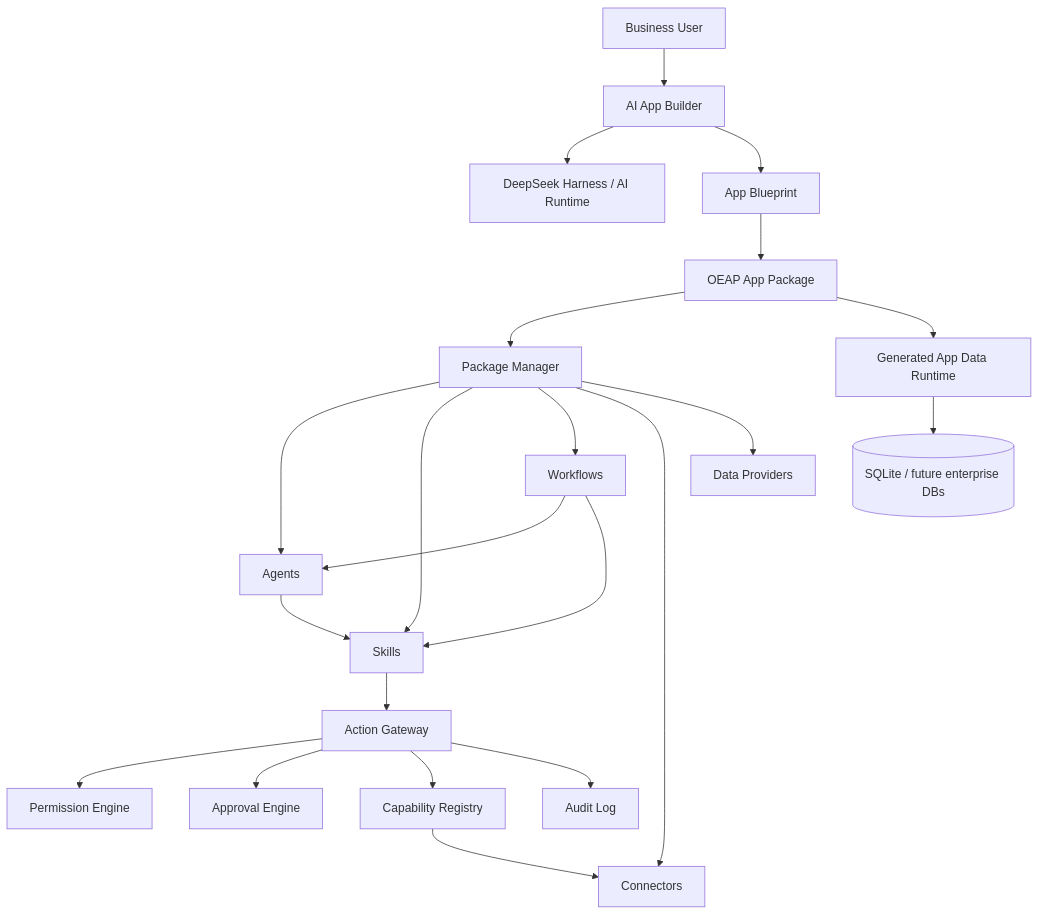
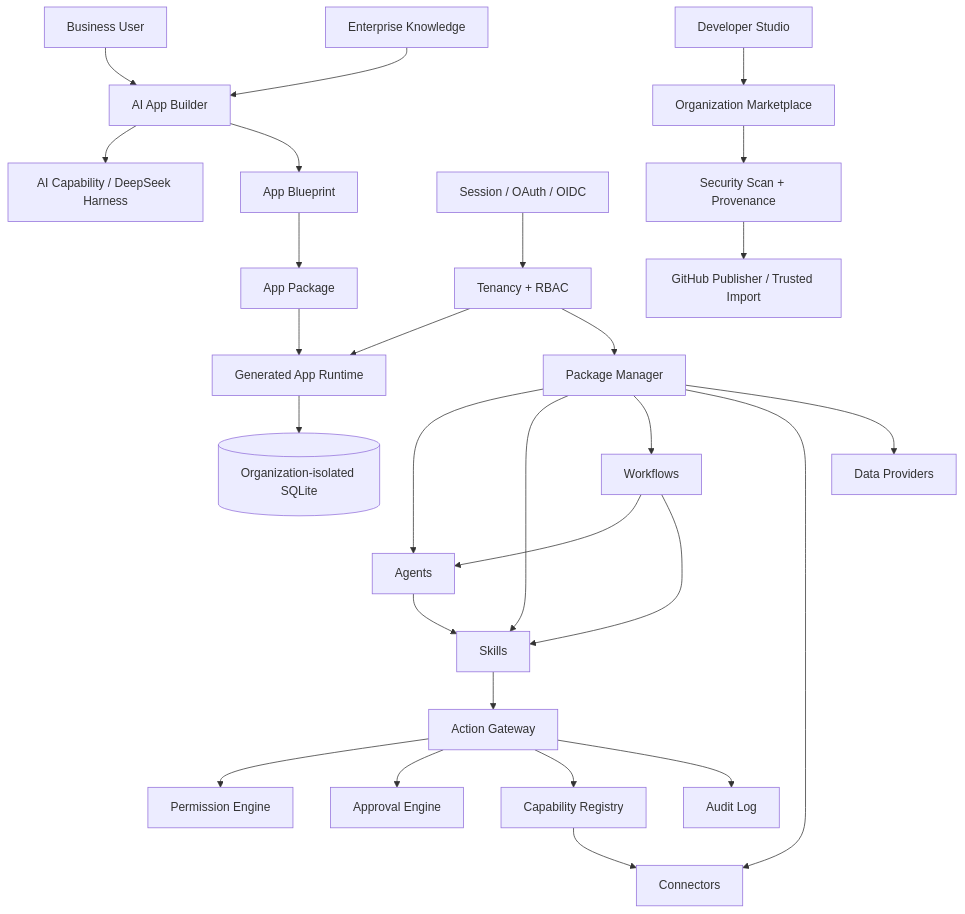
Before and after one commit to Buer5460/open-enterprise-ai-platform: the diagram in README.md, drawn with Mermaid. The commit also changed other lines of this file, not shown here.

Commit message:
docs: refresh README for OEAP 0.9.0

````diff
--- a/README.md
+++ b/README.md
@@ -35,28 +109,34 @@
 ```mermaid
 flowchart TD
     U[Business User] --> B[AI App Builder]
-    B --> H[DeepSeek Harness / AI Runtime]
-    B --> P[App Blueprint]
-    P --> AP[OEAP App Package]
-    AP --> PM[Package Manager]
+    KB[Enterprise Knowledge] --> B
+    B --> AI[AI Capability / DeepSeek Harness]
+    B --> BP[App Blueprint]
+    BP --> AP[App Package]
+    AP --> DR[Generated App Runtime]
+    DR --> DB[(Organization-isolated SQLite)]
 
-    PM --> A[Agents]
+    PM[Package Manager] --> A[Agents]
     PM --> S[Skills]
     PM --> W[Workflows]
     PM --> C[Connectors]
-    PM --> D[Data Providers]
+    PM --> DP[Data Providers]
 
     A --> S
     S --> G[Action Gateway]
     W --> A
     W --> S
-
     G --> PE[Permission Engine]
     G --> AE[Approval Engine]
     G --> CR[Capability Registry]
     CR --> C
     G --> AL[Audit Log]
 
-    AP --> DR[Generated App Data Runtime]
-    DR --> DB[(SQLite / future enterprise DBs)]
+    ID[Session / OAuth / OIDC] --> RBAC[Tenancy + RBAC]
+    RBAC --> DR
+    RBAC --> PM
+
+    DS[Developer Studio] --> M[Organization Marketplace]
+    M --> PROV[Security Scan + Provenance]
+    PROV --> GH[GitHub Publisher / Trusted Import]
 ```
````
